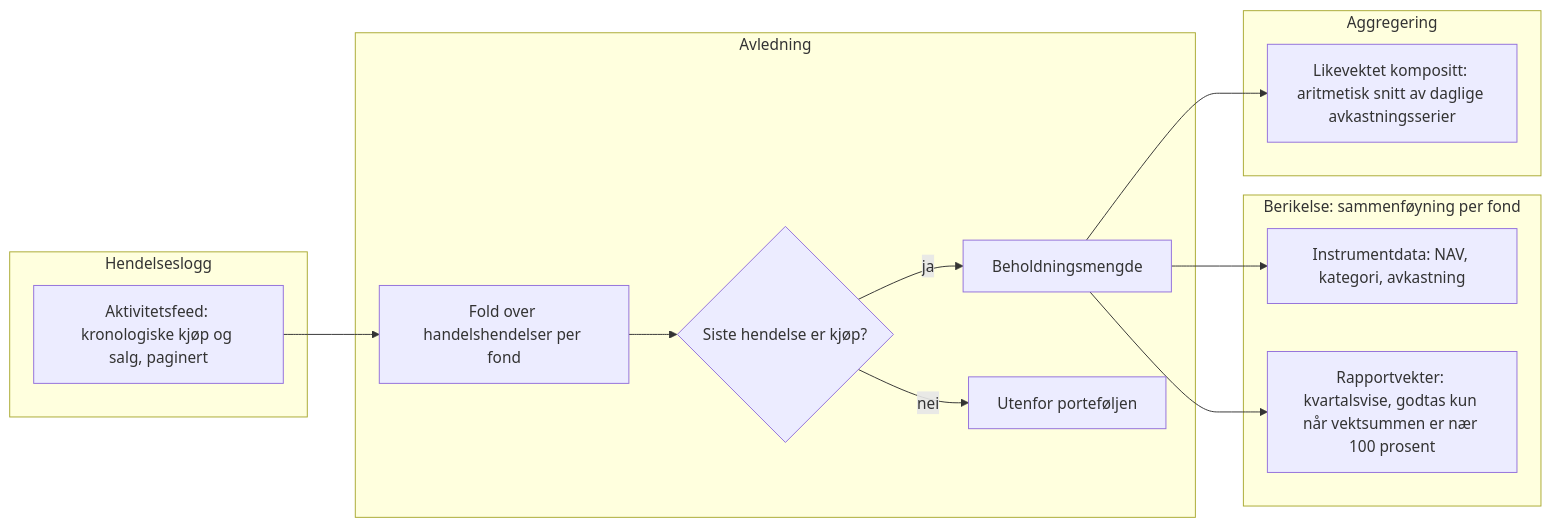
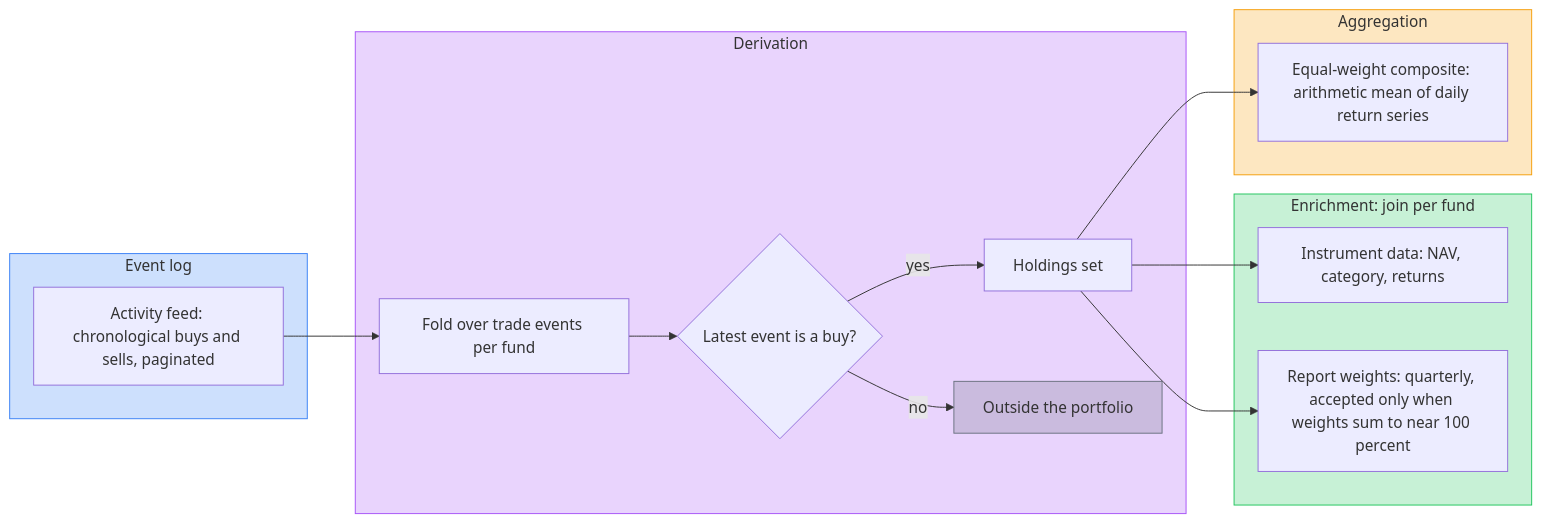
The fourth of 6 diagrams in README.md (TIHLDE/Fondet), drawn with Mermaid before and after one commit. The commit also changed other lines of this file, not shown here.

Commit message:
docs: translate README diagrams to English and add semantic colors

````diff
--- a/README.md
+++ b/README.md
@@ -181,25 +201,35 @@
 ```mermaid
 flowchart LR
-    subgraph H [Hendelseslogg]
-        F[Aktivitetsfeed: kronologiske kjøp og salg, paginert]
+    subgraph H [Event log]
+        F[Activity feed: chronological buys and sells, paginated]
     end
-    subgraph U [Avledning]
-        FOLD[Fold over handelshendelser per fond]
-        PRED{Siste hendelse er kjøp?}
-        HS[Beholdningsmengde]
-        X[Utenfor porteføljen]
+    subgraph U [Derivation]
+        FOLD[Fold over trade events per fund]
+        PRED{Latest event is a buy?}
+        HS[Holdings set]
+        X[Outside the portfolio]
     end
-    subgraph B [Berikelse: sammenføyning per fond]
-        J1[Instrumentdata: NAV, kategori, avkastning]
-        J2[Rapportvekter: kvartalsvise, godtas kun når vektsummen er nær 100 prosent]
+    subgraph B [Enrichment: join per fund]
+        J1[Instrument data: NAV, category, returns]
+        J2[Report weights: quarterly, accepted only when weights sum to near 100 percent]
     end
-    subgraph A [Aggregering]
-        KOMP[Likevektet kompositt: aritmetisk snitt av daglige avkastningsserier]
+    subgraph A [Aggregation]
+        KOMP[Equal-weight composite: arithmetic mean of daily return series]
     end
     F --> FOLD --> PRED
-    PRED -->|ja| HS
-    PRED -->|nei| X
+    PRED -->|yes| HS
+    PRED -->|no| X
     HS --> J1
     HS --> J2
     HS --> KOMP
+    classDef log fill:#3b82f640,stroke:#3b82f6
+    classDef derive fill:#a855f740,stroke:#a855f7
+    classDef enrich fill:#22c55e40,stroke:#22c55e
+    classDef agg fill:#f59e0b40,stroke:#f59e0b
+    classDef out fill:#6b728040,stroke:#6b7280
+    class H log
+    class U derive
+    class B enrich
+    class A agg
+    class X out
 ```
````
